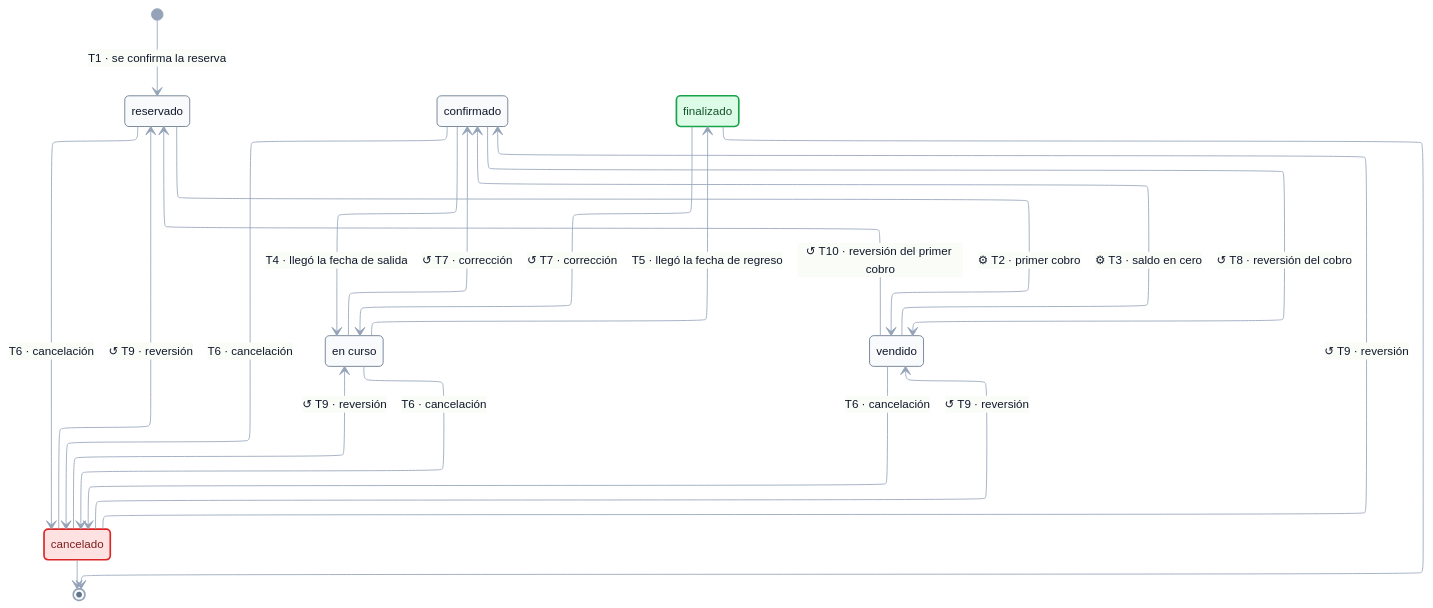
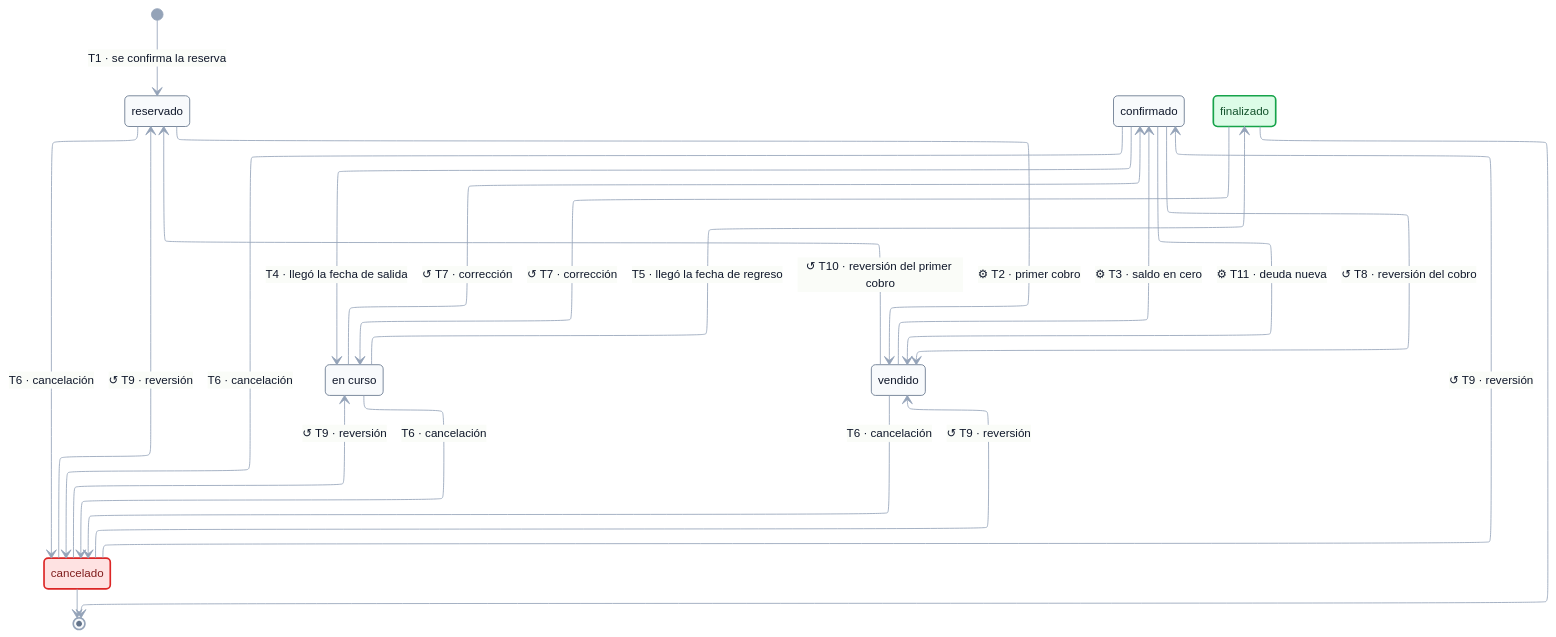
One commit to FranLuciano04/Vault-Rumbo changed the diagram in 03-Dominio/Diagramas/Estados/EST-Viaje.md. Above: the diagram before and after it, drawn with Mermaid. The commit also changed other lines of this file and 5 other files, not shown here.

````diff
--- a/03-Dominio/Diagramas/Estados/EST-Viaje.md
+++ b/03-Dominio/Diagramas/Estados/EST-Viaje.md
@@ -123,35 +130,36 @@
 ```mermaid
 %%{init: {'layout':'elk','elk':{'nodePlacementStrategy':'BRANDES_KOEPF','mergeEdges':false,'considerModelOrder':true},'theme':'base','themeVariables':{'fontFamily':'Segoe UI, Arial, sans-serif','fontSize':'14px','primaryColor':'#f8fafc','primaryBorderColor':'#64748b','primaryTextColor':'#0f172a','lineColor':'#94a3b8'}}}%%
 stateDiagram-v2
     direction TB
 
     state "en curso" as en_curso
 
     [*] --> reservado : T1 · se confirma la reserva
     reservado  --> vendido     : ⚙ T2 · primer cobro
     vendido    --> confirmado  : ⚙ T3 · saldo en cero
+    confirmado --> vendido     : ⚙ T11 · deuda nueva
     confirmado --> en_curso    : T4 · llegó la fecha de salida
     en_curso   --> finalizado  : T5 · llegó la fecha de regreso
     finalizado --> [*]
 
     reservado  --> cancelado : T6 · cancelación
     vendido    --> cancelado : T6 · cancelación
     confirmado --> cancelado : T6 · cancelación
     en_curso   --> cancelado : T6 · cancelación
     cancelado  --> [*]
 
     confirmado --> vendido    : ↺ T8 · reversión del cobro
     vendido    --> reservado  : ↺ T10 · reversión del primer cobro
     en_curso   --> confirmado : ↺ T7 · corrección
     finalizado --> en_curso   : ↺ T7 · corrección
 
     cancelado --> reservado  : ↺ T9 · reversión
     cancelado --> vendido    : ↺ T9 · reversión
     cancelado --> confirmado : ↺ T9 · reversión
     cancelado --> en_curso   : ↺ T9 · reversión
 
     classDef terminal fill:#dcfce7,stroke:#16a34a,stroke-width:2px,color:#14532d
     classDef baja fill:#fee2e2,stroke:#dc2626,stroke-width:2px,color:#7f1d1d
     class finalizado terminal
     class cancelado baja
 ```
````
